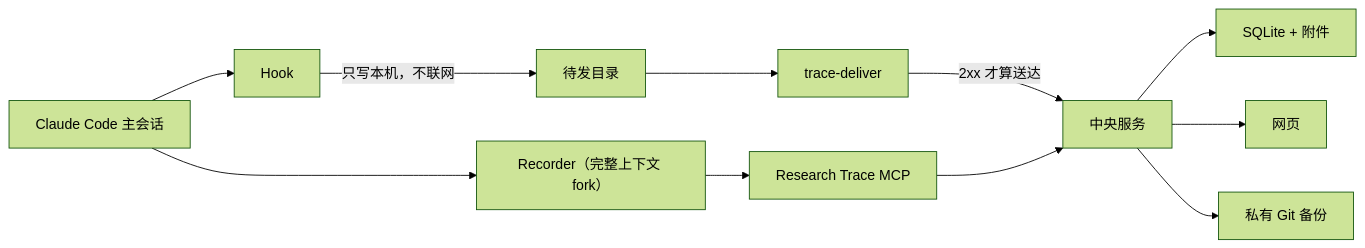
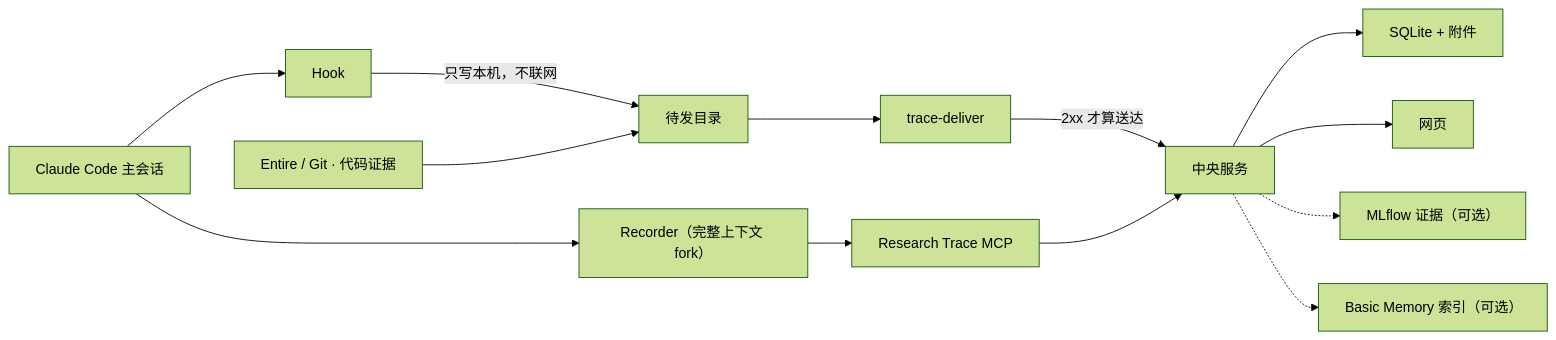
The diagram in README.md (jinhang23/research-trace), drawn with Mermaid (forest theme) before and after one commit. The commit also changed other lines of this file and 65 other files, not shown here.

````diff
--- a/README.md
+++ b/README.md
@@ -35,13 +53,15 @@
 ```mermaid
 flowchart LR
     Main["Claude Code 主会话"] --> Hook["Hook"]
     Hook -->|"只写本机，不联网"| Outbox["待发目录"]
     Outbox --> Deliver["trace-deliver"]
     Deliver -->|"2xx 才算送达"| Server["中央服务"]
     Main --> Recorder["Recorder（完整上下文 fork）"]
     Recorder --> MCP["Research Trace MCP"]
     MCP --> Server
     Server --> Store["SQLite + 附件"]
     Server --> UI["网页"]
-    Server --> GitHub["私有 Git 备份"]
+    Code["Entire / Git · 代码证据"] --> Outbox
+    Server -.-> MLflow["MLflow 证据（可选）"]
+    Server -.-> Memory["Basic Memory 索引（可选）"]
 ```
````
